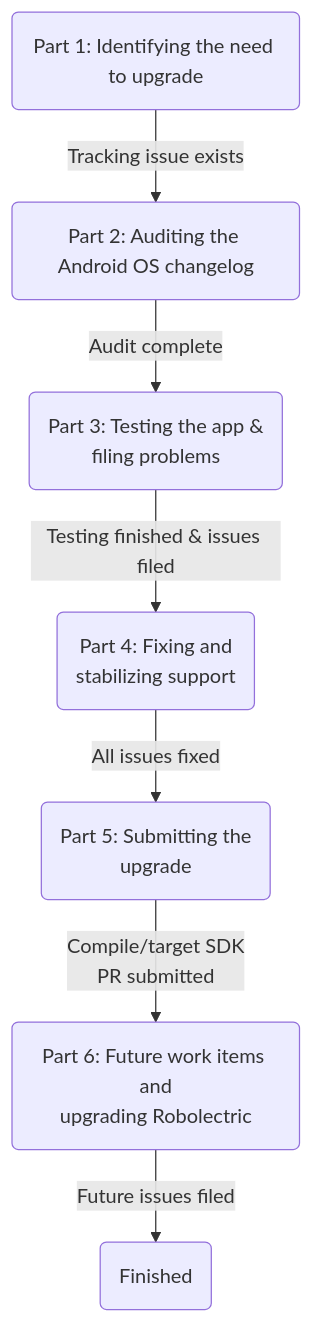
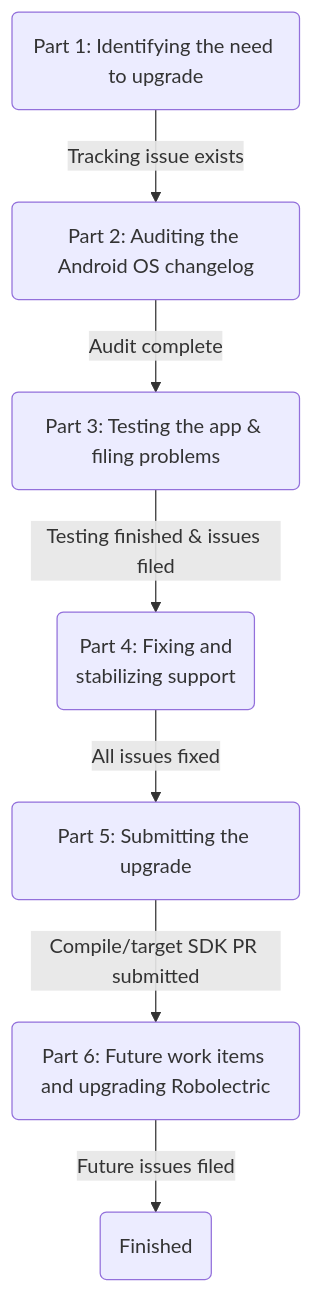
Before and after one commit to Rd4dev/Oppia-Android-Fork-from-Fork: the diagram in wiki/up.md, drawn with Mermaid.

````diff
--- a/wiki/up.md
+++ b/wiki/up.md
@@ -11,12 +11,15 @@
 ```mermaid
 flowchart TD
-    A(Part 1: Identifying the need to upgrade) -->|Tracking issue exists| B
-    B(Part 2: Auditing the Android OS changelog) -->|Audit complete| C
-    C(Part 3: Testing the app &<br>filing problems) -->|Testing finished & issues filed| D
-    D(Part 4: Fixing and<br>stabilizing support) -->|All issues fixed| E
-    E(Part 5: Submitting the<br>upgrade) -->|Compile/target SDK<br>PR submitted| F
-    F(Part 6: Future work items and<br>upgrading Robolectric) -->|Future issues filed| G
-    G(Finished)
+
+    classDef textWrap text-wrap: wrap;
+
+    A(Part 1: Identifying the need to upgrade):::textWrap -->|Tracking issue exists| B:::textWrap
+    B(Part 2: Auditing the Android OS changelog):::textWrap -->|Audit complete| C:::textWrap
+    C(Part 3: Testing the app & filing problems):::textWrap -->|Testing finished & issues filed| D:::textWrap
+    D(Part 4: Fixing and<br>stabilizing support):::textWrap -->|All issues fixed| E:::textWrap
+    E(Part 5: Submitting the upgrade):::textWrap -->|Compile/target SDK PR submitted| F:::textWrap
+    F(Part 6: Future work items and upgrading Robolectric):::textWrap -->|Future issues filed| G:::textWrap
+    G(Finished):::textWrap
     
 
 ```
````
